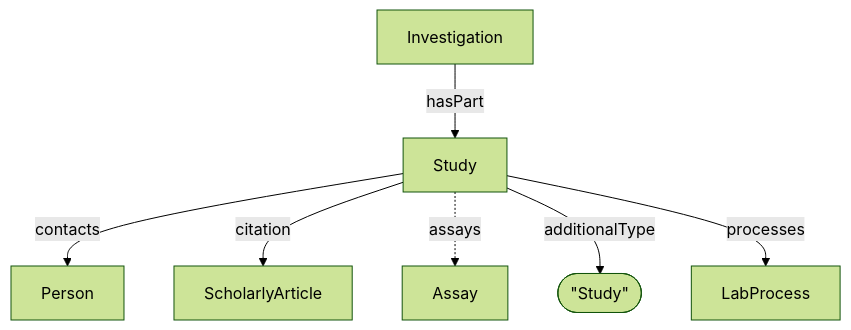
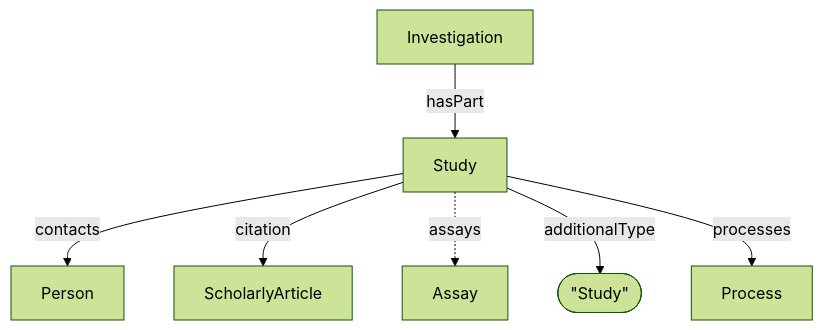
Before and after one commit to HLWeil/ProcessCore: the diagram in docs/spec/decorations/isa/Study.md, drawn with Mermaid (forest theme). The commit also changed 134 other files, not shown here.

````diff
--- a/docs/spec/decorations/isa/Study.md
+++ b/docs/spec/decorations/isa/Study.md
@@ -27,12 +27,12 @@
 ```mermaid
 flowchart TD
 
     at@{ shape: stadium, label: "\"Study\"" }
 
     Study --contacts--> Person
     Study --citation--> ScholarlyArticle
     Investigation --hasPart--> Study
     Study -.assays.-> Assay
     Study --additionalType--> at
-    Study --processes--> LabProcess
+    Study --processes--> Process
 ```
````
